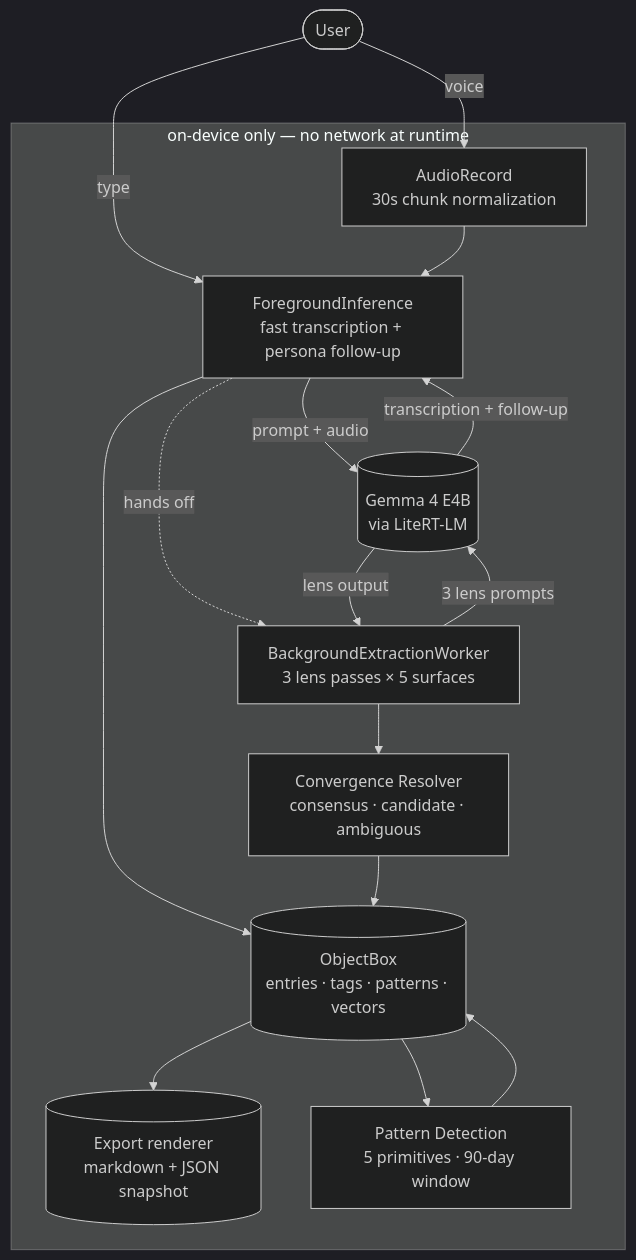
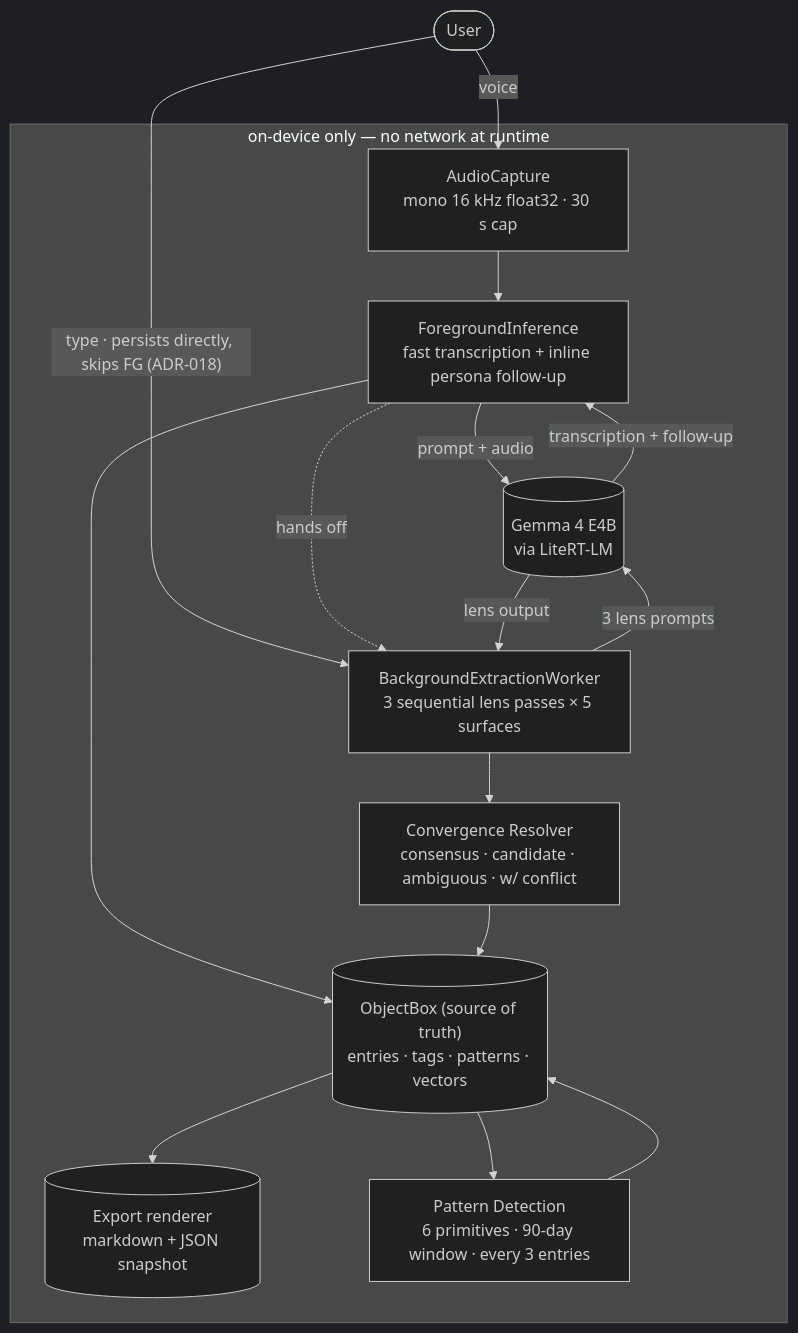
One commit to anchildress1/vestige changed the diagram in README.md. Above: the diagram before and after it, drawn with Mermaid (dark theme). The commit also changed other lines of this file and 19 other files, not shown here.

First line of the commit message:
docs: align diagram atlas, stories, README & spec docs to implementation (#62)

````diff
--- a/README.md
+++ b/README.md
@@ -88,29 +89,29 @@
 ```mermaid
 flowchart TB
     User([User]) -- voice --> Audio
-    User -- type --> FG
+    User -- "type · persists directly, skips FG (ADR-018)" --> BG
 
     subgraph onDevice["on-device only — no network at runtime"]
-      Audio["AudioRecord<br/>30s chunk normalization"]
-      FG["ForegroundInference<br/>fast transcription + persona follow-up"]
-      BG["BackgroundExtractionWorker<br/>3 lens passes × 5 surfaces"]
+      Audio["AudioCapture<br/>mono 16 kHz float32 · 30 s cap"]
+      FG["ForegroundInference<br/>fast transcription + inline persona follow-up"]
+      BG["BackgroundExtractionWorker<br/>3 sequential lens passes × 5 surfaces"]
       Gemma[("Gemma 4 E4B<br/>via LiteRT-LM")]
-      Resolver["Convergence Resolver<br/>consensus · candidate · ambiguous"]
-      ObjectBox[("ObjectBox<br/>entries · tags · patterns · vectors")]
+      Resolver["Convergence Resolver<br/>consensus · candidate · ambiguous · w/ conflict"]
+      ObjectBox[("ObjectBox (source of truth)<br/>entries · tags · patterns · vectors")]
       Export[("Export renderer<br/>markdown + JSON snapshot")]
-      Patterns["Pattern Detection<br/>5 primitives · 90-day window"]
+      Patterns["Pattern Detection<br/>6 primitives · 90-day window · every 3 entries"]
 
       Audio --> FG
       FG -- "prompt + audio" --> Gemma
       Gemma -- "transcription + follow-up" --> FG
       FG --> ObjectBox
       FG -. "hands off" .-> BG
       BG -- "3 lens prompts" --> Gemma
       Gemma -- "lens output" --> BG
       BG --> Resolver
       Resolver --> ObjectBox
       ObjectBox --> Patterns
       Patterns --> ObjectBox
       ObjectBox --> Export
     end
 ```
````
